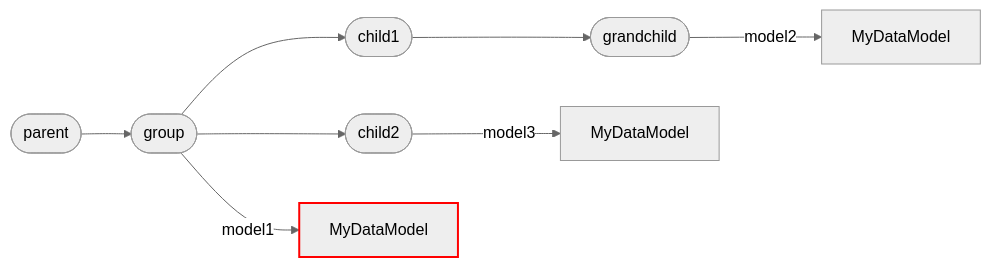
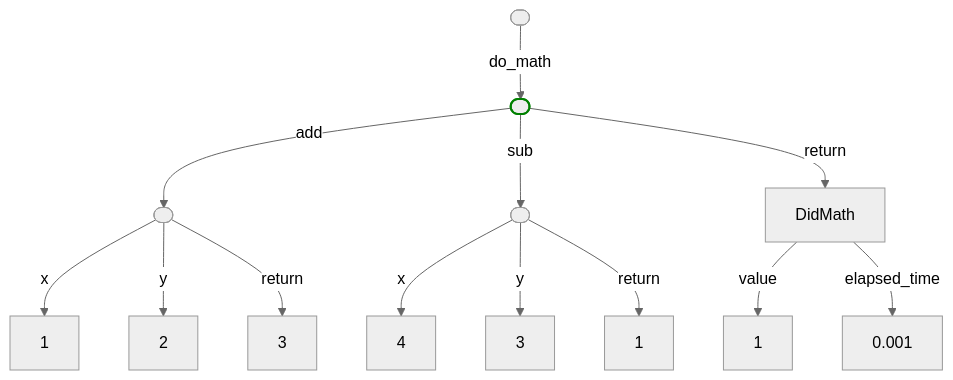
Before and after one commit to rmorshea/artigraph: the second of 7 diagrams in docs/filtering.md, drawn with Mermaid (neutral theme). The commit also changed other lines of this file, not shown here.

````diff
--- a/docs/filtering.md
+++ b/docs/filtering.md
@@ -133,21 +128,31 @@
 ```mermaid
-graph LR
-    p([parent])
-    n([group])
-    c1([child1])
-    c2([child2])
-    g([grandchild])
-    m1[MyDataModel]
-    m2[MyDataModel]
-    m3[MyDataModel]
+graph TD
+    r([ ])
+    d([ ])
+    a([ ])
+    s([ ])
+    d_return[DidMath]
+    d_return_value[1]
+    d_return_elapsed_time[0.001]
+    a_x[1]
+    a_y[2]
+    a_return[3]
+    s_x[4]
+    s_y[3]
+    s_return[1]
 
-    style m1 stroke:red,stroke-width:2px
+    style d stroke:green,stroke-width:2px
 
-    p --> n
-    n --> |model1| m1
-    n --> c1
-    n --> c2
-    c1 --> g
-    g --> |model2| m2
-    c2 --> |model3| m3
+    r --> |do_math| d
+    d --> |add| a
+    d --> |sub| s
+    d --> |return| d_return
+    a --> |x| a_x
+    a --> |y| a_y
+    a --> |return| a_return
+    s --> |x| s_x
+    s --> |y| s_y
+    s --> |return| s_return
+    d_return --> |value| d_return_value
+    d_return --> |elapsed_time| d_return_elapsed_time
 ```
````
